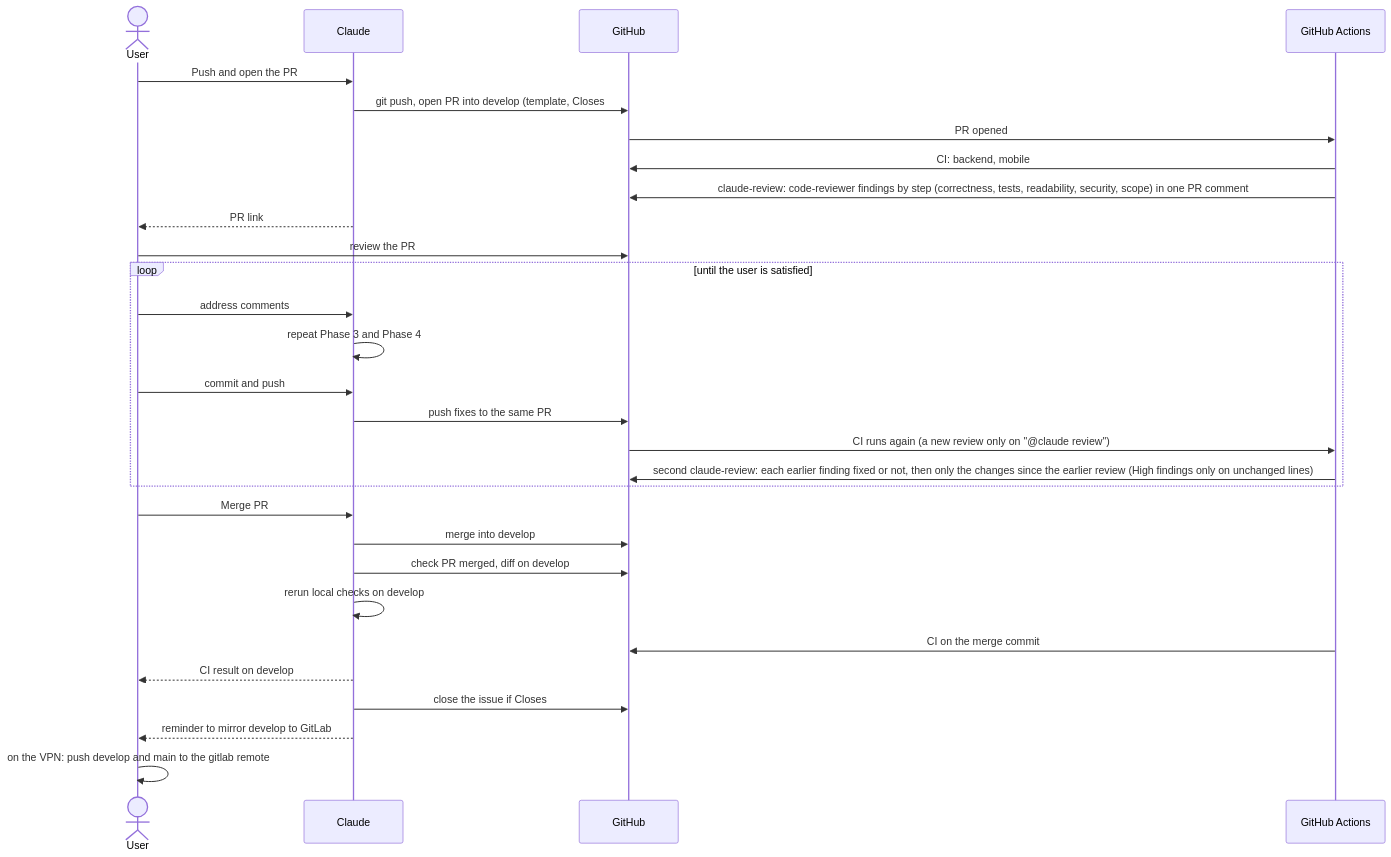
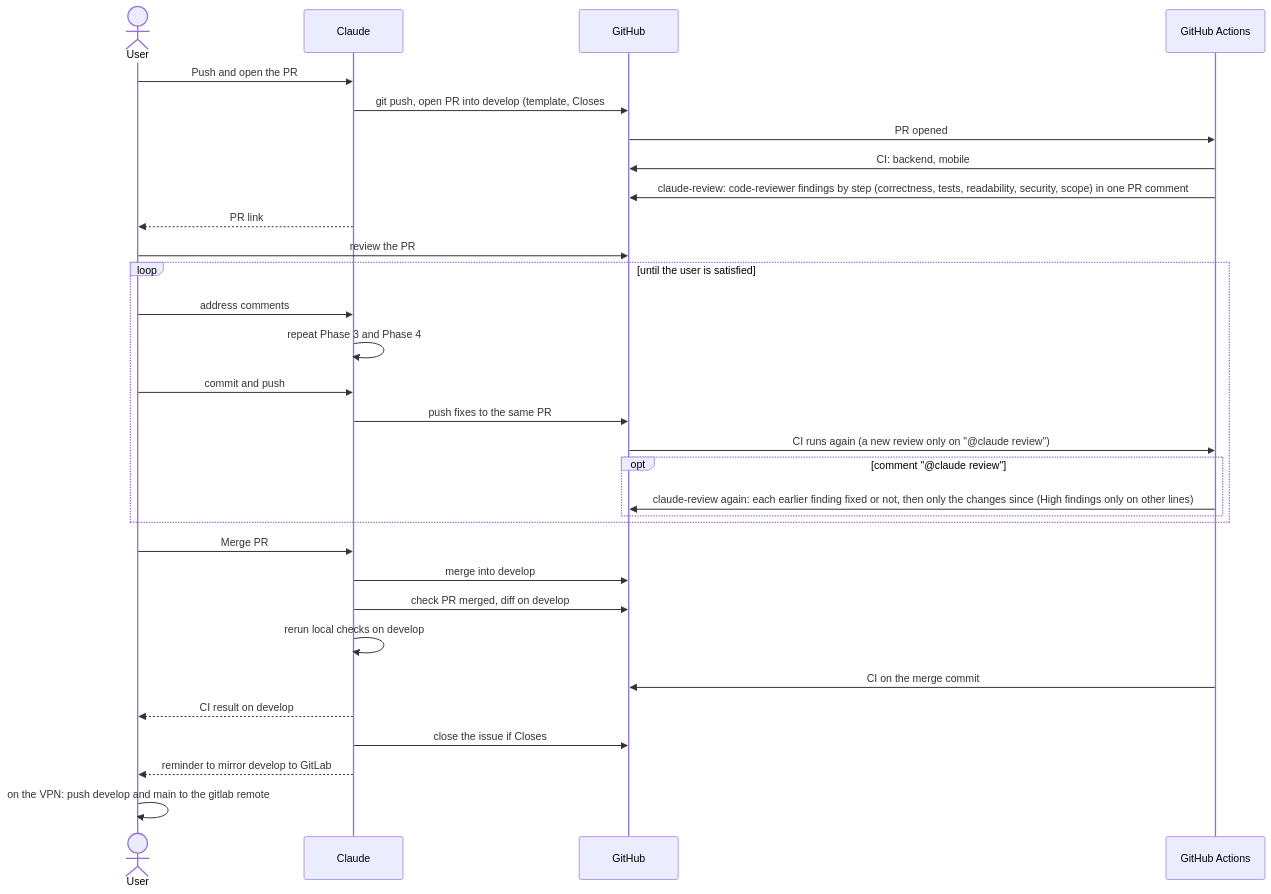
The third of 5 diagrams in docs/workflow.md (huynguyennang-agilityio/claude-code-training), drawn with Mermaid before and after one commit. The commit also changed 5 other files, not shown here.

````diff
--- a/docs/workflow.md
+++ b/docs/workflow.md
@@ -75,31 +75,33 @@
 ```mermaid
 sequenceDiagram
     actor U as User
     participant C as Claude
     participant G as GitHub
     participant A as GitHub Actions
     U->>C: Push and open the PR
     C->>G: git push, open PR into develop (template, Closes #id)
     G->>A: PR opened
     A->>G: CI: backend, mobile
     A->>G: claude-review: code-reviewer findings by step (correctness, tests, readability, security, scope) in one PR comment
     C-->>U: PR link
     U->>G: review the PR
     loop until the user is satisfied
         U->>C: address comments
         C->>C: repeat Phase 3 and Phase 4
         U->>C: commit and push
         C->>G: push fixes to the same PR
         G->>A: CI runs again (a new review only on "@claude review")
-        A->>G: second claude-review: each earlier finding fixed or not, then only the changes since the earlier review (High findings only on unchanged lines)
+        opt comment "@claude review"
+            A->>G: claude-review again: each earlier finding fixed or not, then only the changes since (High findings only on other lines)
+        end
     end
     U->>C: Merge PR #id
     C->>G: merge into develop
     C->>G: check PR merged, diff on develop
     C->>C: rerun local checks on develop
     A->>G: CI on the merge commit
     C-->>U: CI result on develop
     C->>G: close the issue if Closes #id did not
     C-->>U: reminder to mirror develop to GitLab
     U->>U: on the VPN: push develop and main to the gitlab remote
 ```
````
